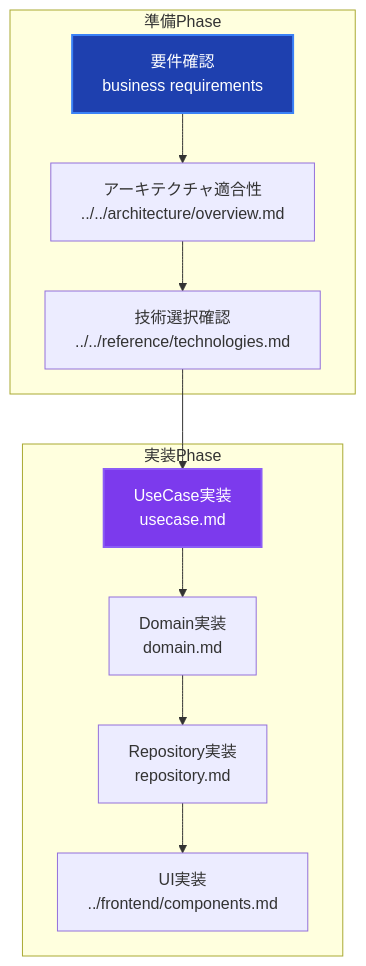
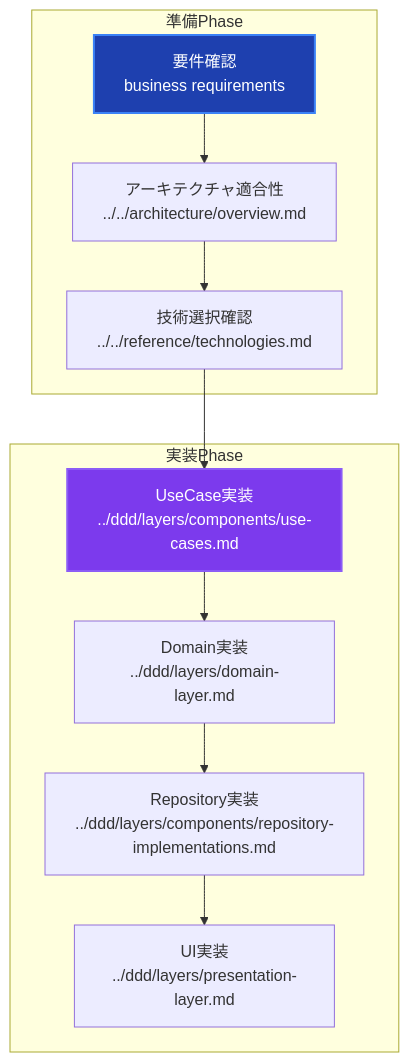
Before and after one commit to derushio/d-next-ddd-example: diagram 23 of 25 in _DOCS/guides/development/workflow.md, drawn with Mermaid. The commit also changed other lines of this file and 102 other files, not shown here.

````diff
--- a/_DOCS/guides/development/workflow.md
+++ b/_DOCS/guides/development/workflow.md
@@ -755,17 +753,17 @@
 ```mermaid
 graph TB
     subgraph "準備Phase"
         A1[要件確認<br/>business requirements] --> A2[アーキテクチャ適合性<br/>../../architecture/overview.md]
         A2 --> A3[技術選択確認<br/>../../reference/technologies.md]
     end
 
     subgraph "実装Phase"
-        A3 --> B1[UseCase実装<br/>usecase.md]
-        B1 --> B2[Domain実装<br/>domain.md]
-        B2 --> B3[Repository実装<br/>repository.md]
-        B3 --> B4[UI実装<br/>../frontend/components.md]
+        A3 --> B1[UseCase実装<br/>../ddd/layers/components/use-cases.md]
+        B1 --> B2[Domain実装<br/>../ddd/layers/domain-layer.md]
+        B2 --> B3[Repository実装<br/>../ddd/layers/components/repository-implementations.md]
+        B3 --> B4[UI実装<br/>../ddd/layers/presentation-layer.md]
     end
 
     style A1 fill:#1e40af,stroke:#3b82f6,stroke-width:2px,color:#ffffff
     style B1 fill:#7c3aed,stroke:#8b5cf6,stroke-width:2px,color:#ffffff
 ```
````
